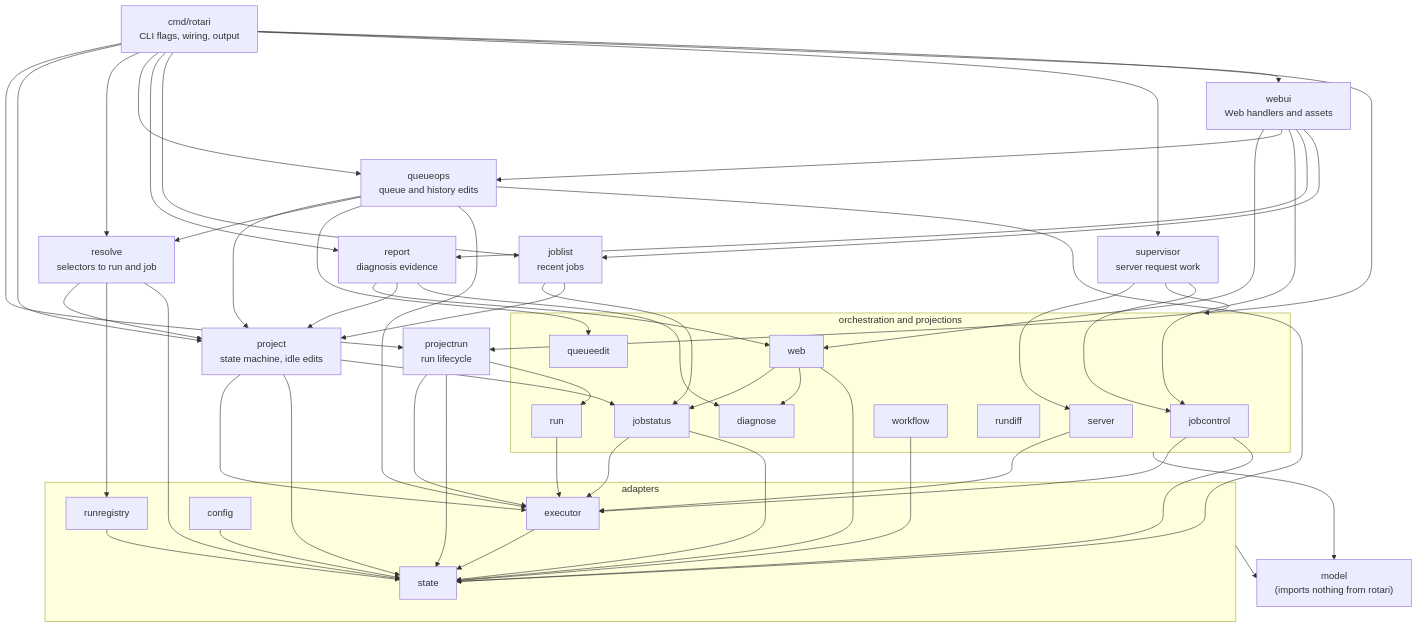
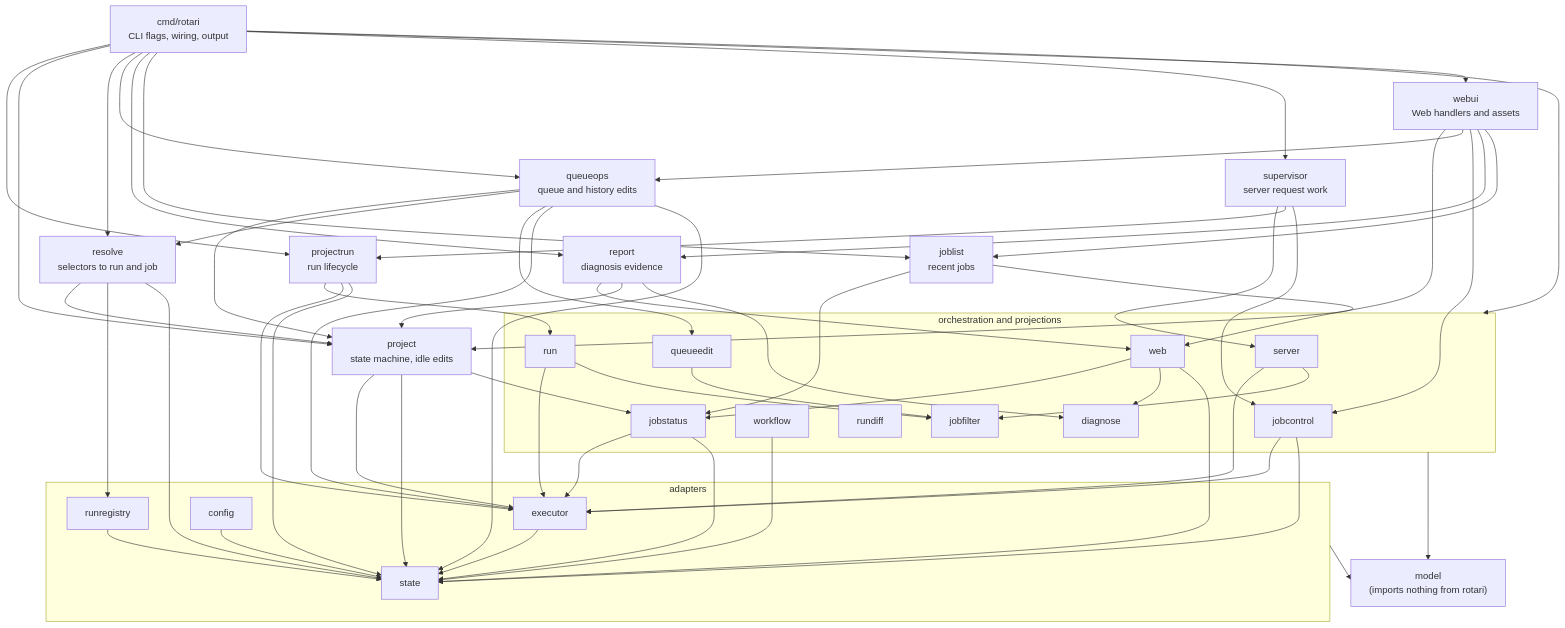
One commit to kamo-naoyuki/rotari changed the second of 2 diagrams in docs/ARCHITECTURE.md. Above: the diagram before and after it, drawn with Mermaid. The commit also changed other lines of this file and 31 other files, not shown here.

```diff
--- a/docs/ARCHITECTURE.md
+++ b/docs/ARCHITECTURE.md
@@ -117,6 +117,7 @@
     queueedit
     rundiff
     diagnose
+    jobfilter
   end
   subgraph l1["adapters"]
     executor
@@ -165,6 +166,9 @@
   projectrun --> state
   server --> executor
   run --> executor
+  run --> jobfilter
+  queueedit --> jobfilter
+  server --> jobfilter
   jobcontrol --> executor
   jobcontrol --> state
   web --> jobstatus
```
